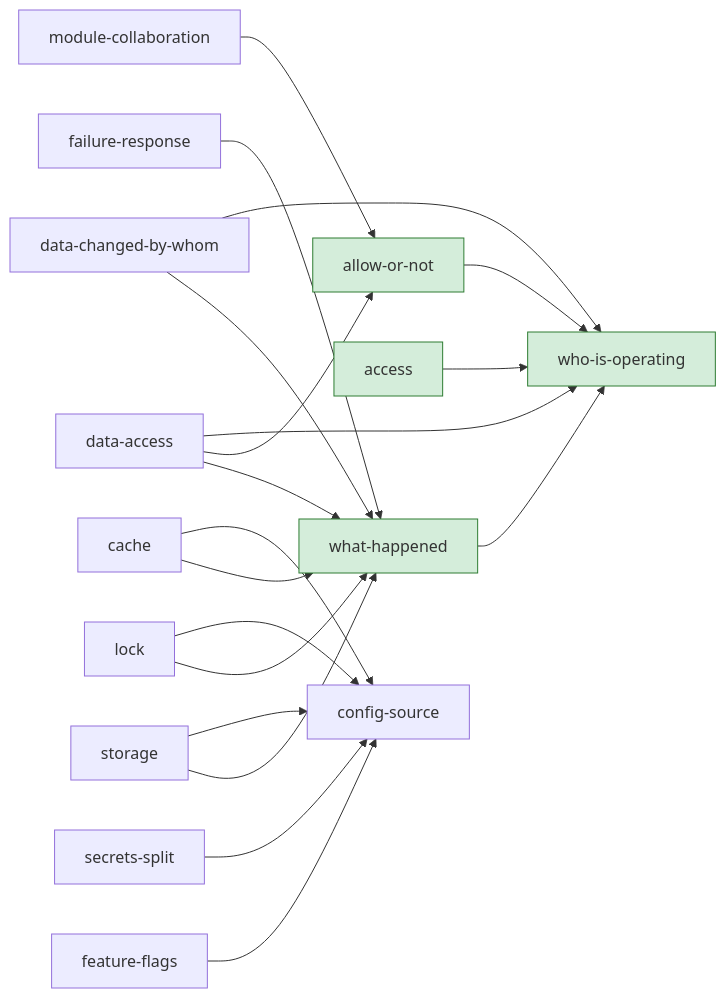
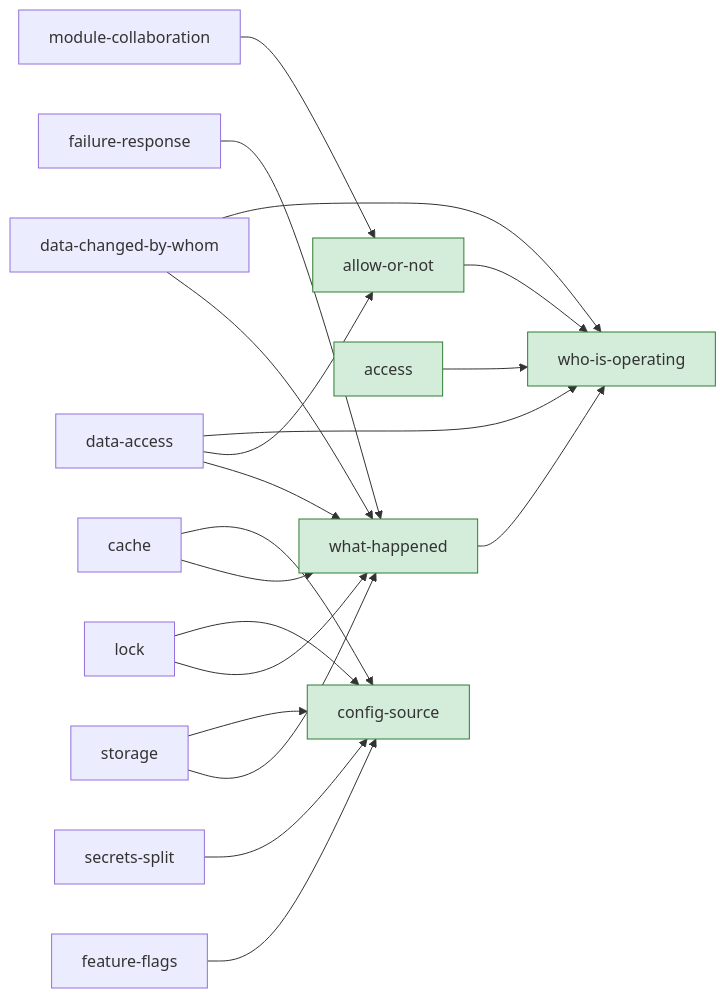
Before and after one commit to helloworldtang/leitu: the second of 2 diagrams in docs/architecture/views.md, drawn with Mermaid. The commit also changed other lines of this file and 24 other files, not shown here.

Commit message:
feat(core): 配置源——第五条五件套答案（三源兜底+SPI 插拔/类型化读取/值静默教义；config-source answered）

````diff
--- a/docs/architecture/views.md
+++ b/docs/architecture/views.md
@@ -51,26 +51,27 @@
 ```mermaid
 graph LR
   allow-or-not --> who-is-operating
   what-happened --> who-is-operating
   failure-response --> what-happened
   data-changed-by-whom --> who-is-operating
   data-changed-by-whom --> what-happened
   module-collaboration --> allow-or-not
   data-access --> who-is-operating
   data-access --> allow-or-not
   data-access --> what-happened
   access --> who-is-operating
   cache --> config-source
   cache --> what-happened
   lock --> config-source
   lock --> what-happened
   storage --> config-source
   storage --> what-happened
   secrets-split --> config-source
   feature-flags --> config-source
+  class config-source answered
   class who-is-operating answered
   class allow-or-not answered
   class what-happened answered
   class access answered
   classDef answered fill:#d4edda,stroke:#2e7d32
 ```
````
